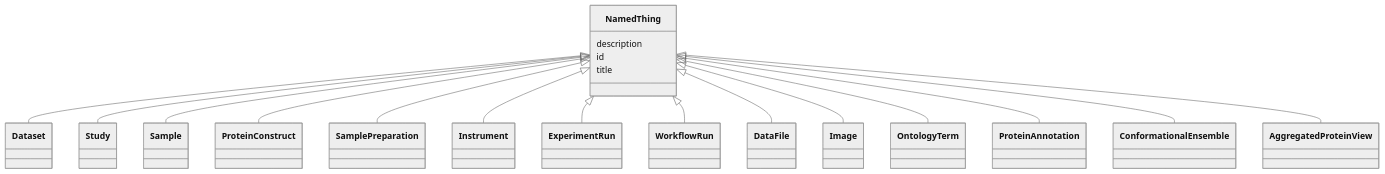
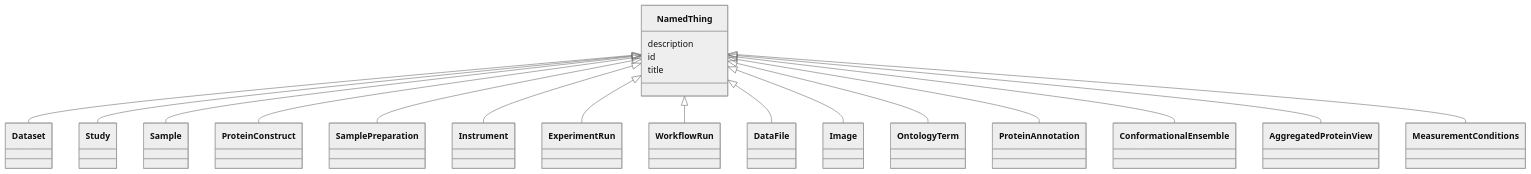
Before and after one commit to lambda-ber/lambda-ber-schema: the diagram in docs/NamedThing.md, drawn with Mermaid (neutral theme). The commit also changed other lines of this file and 278 other files, not shown here.

````diff
--- a/docs/NamedThing.md
+++ b/docs/NamedThing.md
@@ -20,41 +20,43 @@
 ```mermaid
  classDiagram
     class NamedThing
     click NamedThing href "../NamedThing/"
       NamedThing <|-- Dataset
         click Dataset href "../Dataset/"
       NamedThing <|-- Study
         click Study href "../Study/"
       NamedThing <|-- Sample
         click Sample href "../Sample/"
       NamedThing <|-- ProteinConstruct
         click ProteinConstruct href "../ProteinConstruct/"
       NamedThing <|-- SamplePreparation
         click SamplePreparation href "../SamplePreparation/"
       NamedThing <|-- Instrument
         click Instrument href "../Instrument/"
       NamedThing <|-- ExperimentRun
         click ExperimentRun href "../ExperimentRun/"
       NamedThing <|-- WorkflowRun
         click WorkflowRun href "../WorkflowRun/"
       NamedThing <|-- DataFile
         click DataFile href "../DataFile/"
       NamedThing <|-- Image
         click Image href "../Image/"
       NamedThing <|-- OntologyTerm
         click OntologyTerm href "../OntologyTerm/"
       NamedThing <|-- ProteinAnnotation
         click ProteinAnnotation href "../ProteinAnnotation/"
       NamedThing <|-- ConformationalEnsemble
         click ConformationalEnsemble href "../ConformationalEnsemble/"
       NamedThing <|-- AggregatedProteinView
         click AggregatedProteinView href "../AggregatedProteinView/"
+      NamedThing <|-- MeasurementConditions
+        click MeasurementConditions href "../MeasurementConditions/"
       
       NamedThing : description
         
       NamedThing : id
         
       NamedThing : title
         
       
 ```
````
